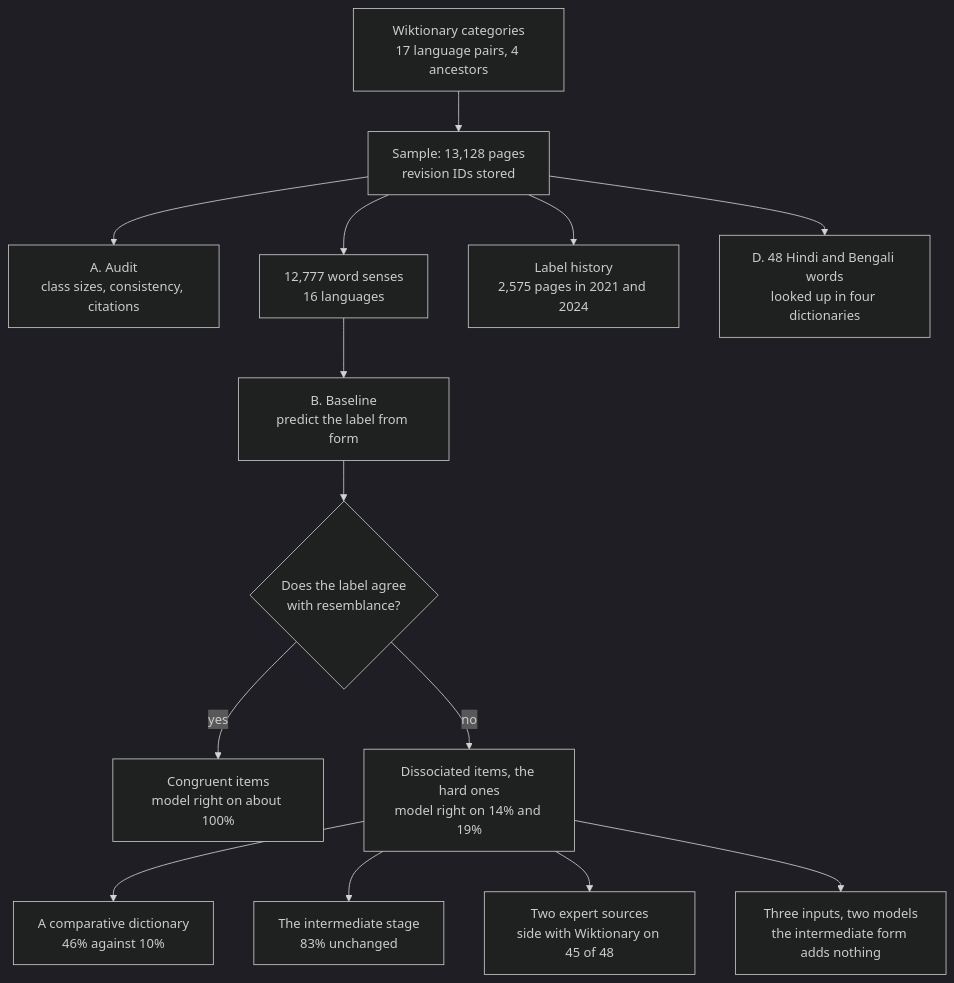
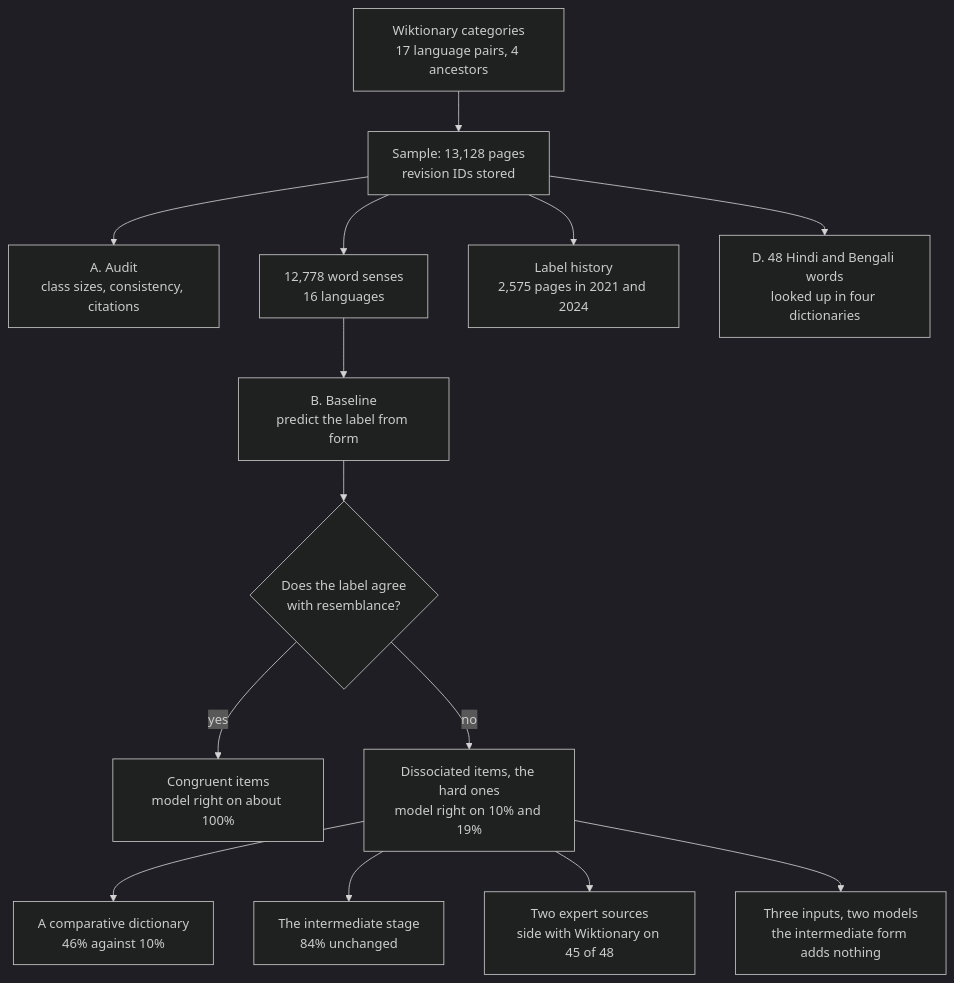
Before and after one commit to prajak002/LANGUAGE-SIM: the third of 5 diagrams in README.md, drawn with Mermaid (dark theme). The commit also changed other lines of this file and 53 other files, not shown here.

````diff
--- a/README.md
+++ b/README.md
@@ -87,16 +87,16 @@
 ```mermaid
 flowchart TD
     C["Wiktionary categories<br/>17 language pairs, 4 ancestors"] --> S["Sample: 13,128 pages<br/>revision IDs stored"]
     S --> AU["A. Audit<br/>class sizes, consistency, citations"]
-    S --> IT["12,777 word senses<br/>16 languages"]
+    S --> IT["12,778 word senses<br/>16 languages"]
     S --> HI["Label history<br/>2,575 pages in 2021 and 2024"]
     IT --> BL["B. Baseline<br/>predict the label from form"]
     BL --> SP{"Does the label agree<br/>with resemblance?"}
     SP -->|"yes"| CO["Congruent items<br/>model right on about 100%"]
-    SP -->|"no"| DI["Dissociated items, the hard ones<br/>model right on 14% and 19%"]
+    SP -->|"no"| DI["Dissociated items, the hard ones<br/>model right on 10% and 19%"]
     DI --> T["A comparative dictionary<br/>46% against 10%"]
-    DI --> L["The intermediate stage<br/>83% unchanged"]
+    DI --> L["The intermediate stage<br/>84% unchanged"]
     DI --> X["Two expert sources<br/>side with Wiktionary on 45 of 48"]
     DI --> N["Three inputs, two models<br/>the intermediate form adds nothing"]
     S --> D["D. 48 Hindi and Bengali words<br/>looked up in four dictionaries"]
 ```
````
